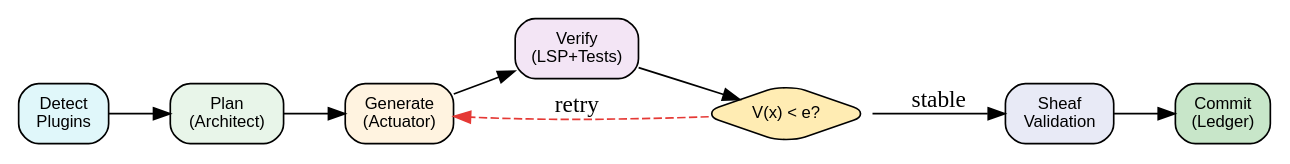
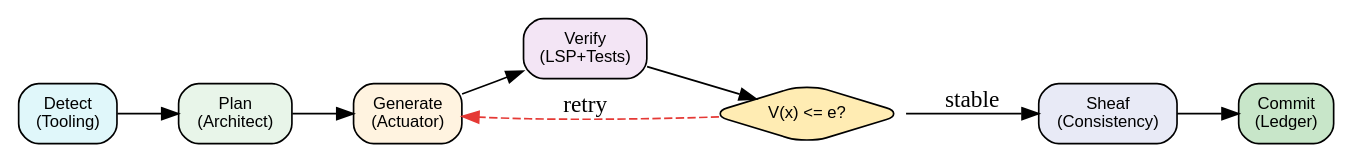
The diagram in docs/perspt_book/source/introduction.rst (eonseed/perspt), drawn with Graphviz before and after one commit. The commit also changed other lines of this file and 8 other files, not shown here.

```diff
--- a/docs/perspt_book/source/introduction.rst
+++ b/docs/perspt_book/source/introduction.rst
@@ -257,24 +84,24 @@
 .. graphviz::
    :align: center
-   :caption: SRBN Control Flow (PSP-5)
+   :caption: SRBN Control Flow
 
    digraph srbn {
        rankdir=LR;
        node [shape=box, style="rounded,filled", fontname="Helvetica", fontsize=10];
 
-       detect [label="Detect\nPlugins", fillcolor="#E0F7FA"];
+       detect [label="Detect\n(Tooling)", fillcolor="#E0F7FA"];
        plan [label="Plan\n(Architect)", fillcolor="#E8F5E9"];
        gen [label="Generate\n(Actuator)", fillcolor="#FFF3E0"];
        verify [label="Verify\n(LSP+Tests)", fillcolor="#F3E5F5"];
-       check [label="V(x) < e?", shape=diamond, fillcolor="#FFECB3"];
-       sheaf [label="Sheaf\nValidation", fillcolor="#E8EAF6"];
+       check [label="V(x) <= e?", shape=diamond, fillcolor="#FFECB3"];
+       sheaf [label="Sheaf\n(Consistency)", fillcolor="#E8EAF6"];
        commit [label="Commit\n(Ledger)", fillcolor="#C8E6C9"];
 
        detect -> plan;
        plan -> gen;
        gen -> verify;
        verify -> check;
        check -> gen [label="retry", style=dashed, color="#E53935"];
        check -> sheaf [label="stable"];
        sheaf -> commit;
    }
```
